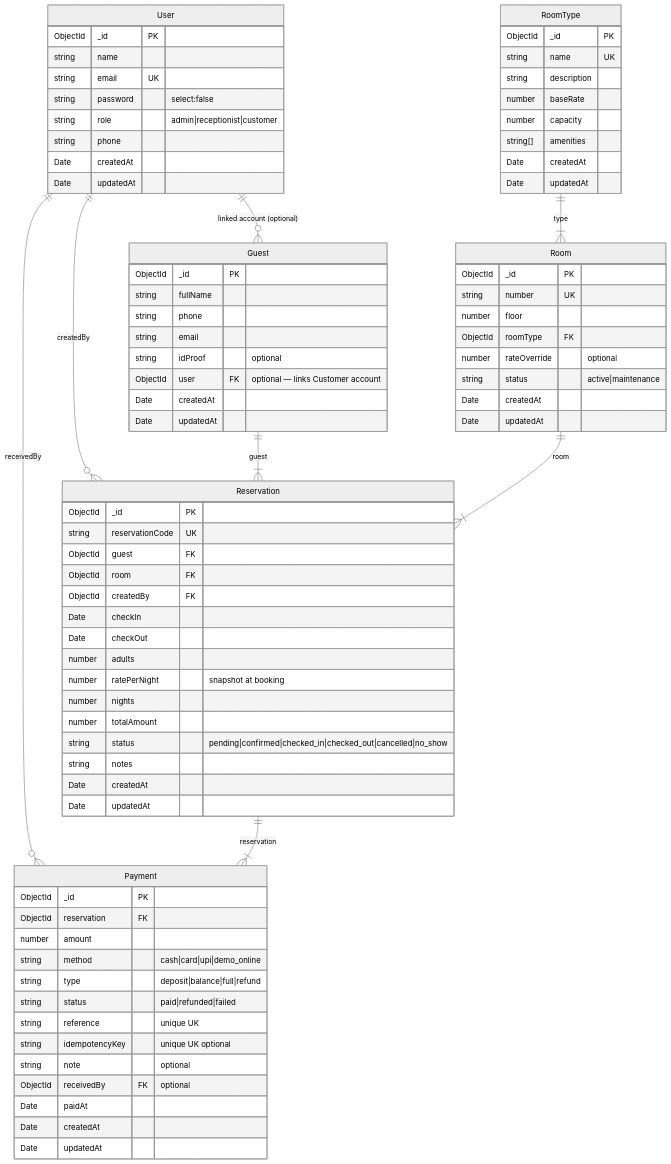
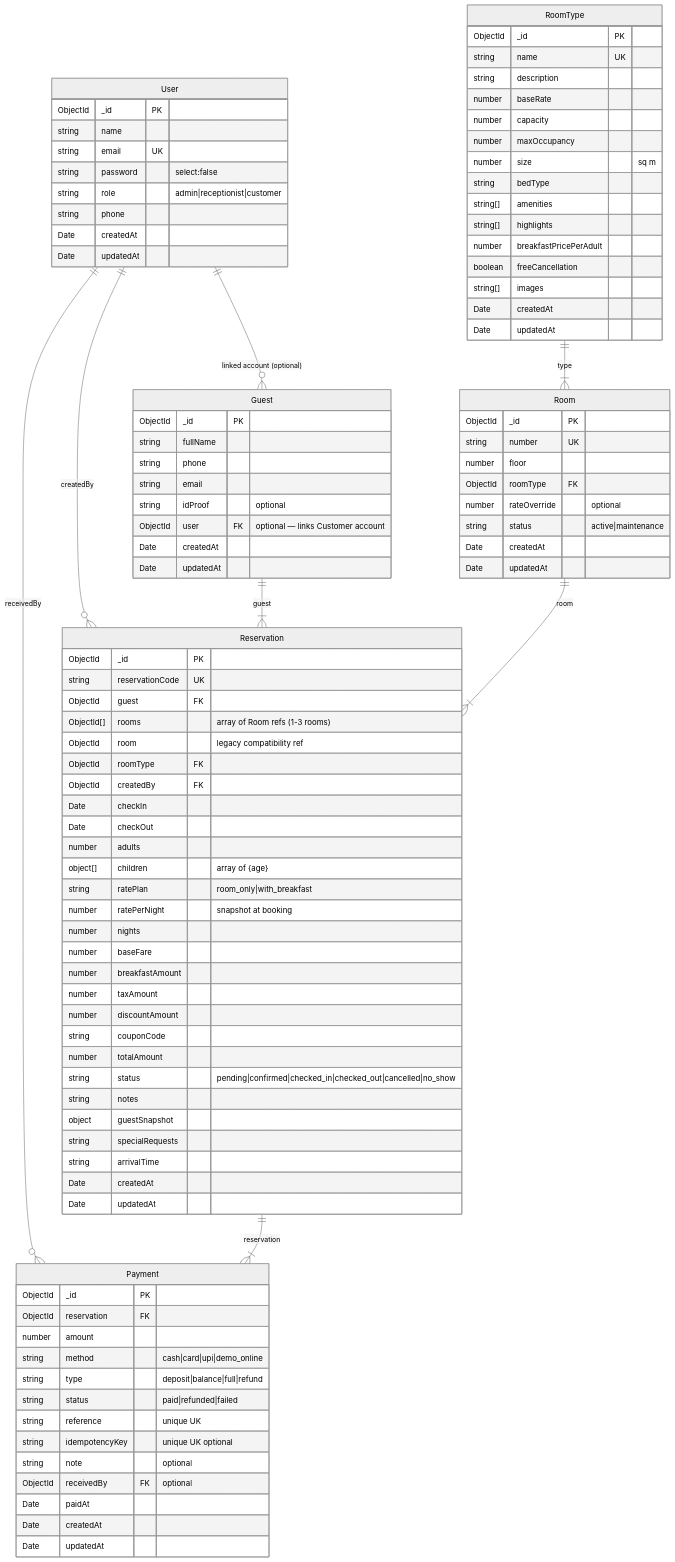
One commit to GIREESH0025/Hotel-Reservation-System changed the diagram in docs/er-diagram.md. Above: the diagram before and after it, drawn with Mermaid (neutral theme). The commit also changed 3 other files, not shown here.

Commit message:
docs(round4): update README, ER diagram, BUGS registry, and completed checklist

```diff
--- a/docs/er-diagram.md
+++ b/docs/er-diagram.md
@@ -19,7 +19,14 @@
         string description
         number baseRate
         number capacity
+        number maxOccupancy
+        number size "sq m"
+        string bedType
         string[] amenities
+        string[] highlights
+        number breakfastPricePerAdult
+        boolean freeCancellation
+        string[] images
         Date createdAt
         Date updatedAt
     }
@@ -50,16 +57,28 @@
         ObjectId _id PK
         string reservationCode UK
         ObjectId guest FK
-        ObjectId room FK
+        ObjectId[] rooms "array of Room refs (1-3 rooms)"
+        ObjectId room "legacy compatibility ref"
+        ObjectId roomType FK
         ObjectId createdBy FK
         Date checkIn
         Date checkOut
         number adults
+        object[] children "array of {age}"
+        string ratePlan "room_only|with_breakfast"
         number ratePerNight "snapshot at booking"
         number nights
+        number baseFare
+        number breakfastAmount
+        number taxAmount
+        number discountAmount
+        string couponCode
         number totalAmount
         string status "pending|confirmed|checked_in|checked_out|cancelled|no_show"
         string notes
+        object guestSnapshot
+        string specialRequests
+        string arrivalTime
         Date createdAt
         Date updatedAt
     }
```
